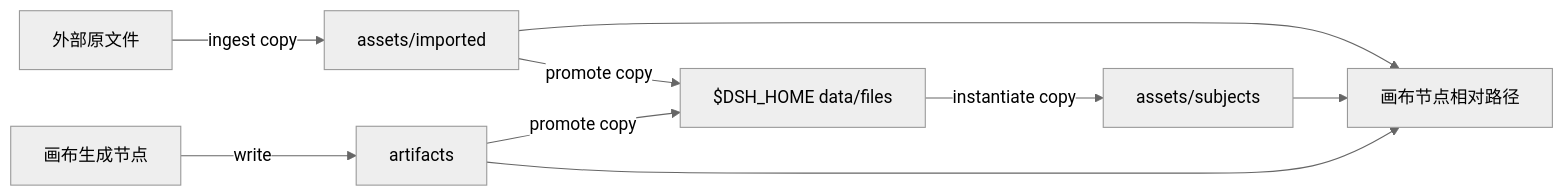
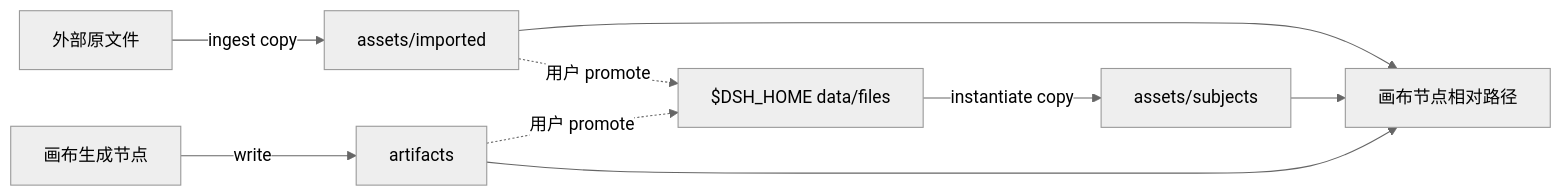
One commit to laozhong86/omnimux-dsh changed the diagram in docs/specs/2026-08-30-omnimux-physical-materialization.md. Above: the diagram before and after it, drawn with Mermaid (neutral theme). The commit also changed other lines of this file and 24 other files, not shown here.

First line of the commit message:
feat(omnimux-assets): T02 全局库 copy-on-ingest + instantiate/promote

````diff
--- a/docs/specs/2026-08-30-omnimux-physical-materialization.md
+++ b/docs/specs/2026-08-30-omnimux-physical-materialization.md
@@ -90,11 +91,11 @@
 ```mermaid
 flowchart LR
   Ext[外部原文件] -->|ingest copy| Imp[assets/imported]
   Glob["$DSH_HOME data/files"] -->|instantiate copy| Sub[assets/subjects]
   Node[画布生成节点] -->|write| Art[artifacts]
-  Imp -->|promote copy| Glob
-  Art -->|promote copy| Glob
+  Imp -.->|用户 promote| Glob
+  Art -.->|用户 promote| Glob
   Imp --> Canvas[画布节点相对路径]
   Sub --> Canvas
   Art --> Canvas
 ```
````
